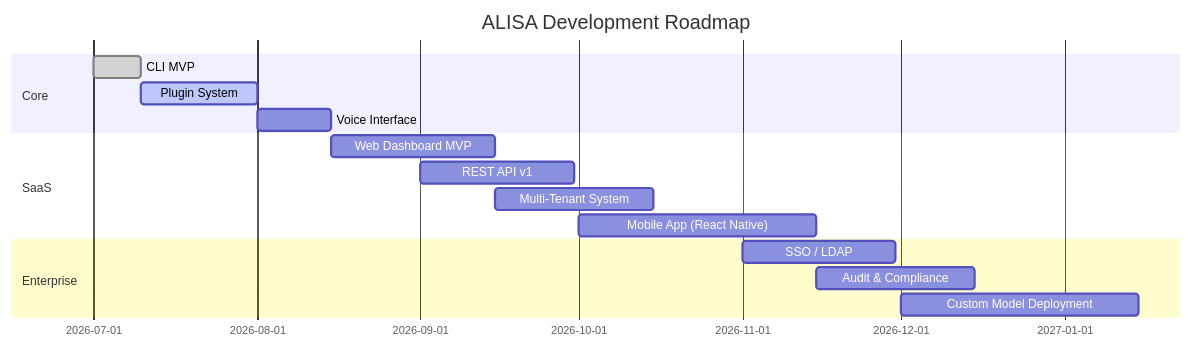
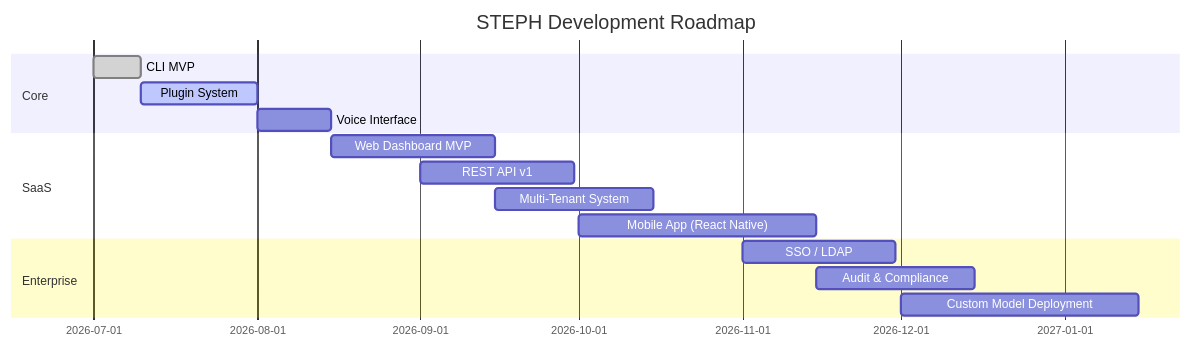
One commit to Quadraxx/steph changed the second of 2 diagrams in README.md. Above: the diagram before and after it, drawn with Mermaid. The commit also changed other lines of this file and 11 other files, not shown here.

````diff
--- a/README.md
+++ b/README.md
@@ -299,20 +299,20 @@
 ```mermaid
 gantt
-    title ALISA Development Roadmap
+    title STEPH Development Roadmap
     dateFormat  YYYY-MM-DD
     section Core
     CLI MVP                    :done, 2026-07-01, 2026-07-10
     Plugin System              :active, 2026-07-10, 2026-08-01
     Voice Interface            :2026-08-01, 2026-08-15
     
     section SaaS
     Web Dashboard MVP          :2026-08-15, 2026-09-15
     REST API v1                :2026-09-01, 2026-09-30
     Multi-Tenant System        :2026-09-15, 2026-10-15
     Mobile App (React Native)  :2026-10-01, 2026-11-15
     
     section Enterprise
     SSO / LDAP                 :2026-11-01, 2026-11-30
     Audit & Compliance         :2026-11-15, 2026-12-15
     Custom Model Deployment    :2026-12-01, 2027-01-15
 ```
````
